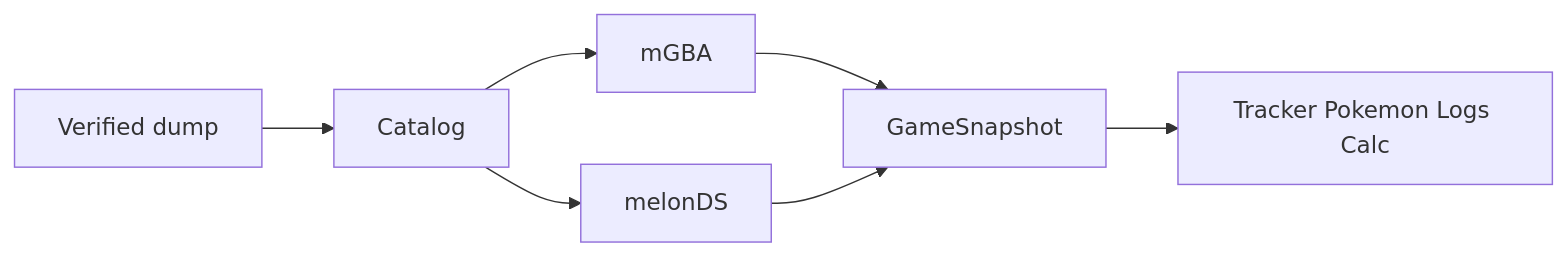
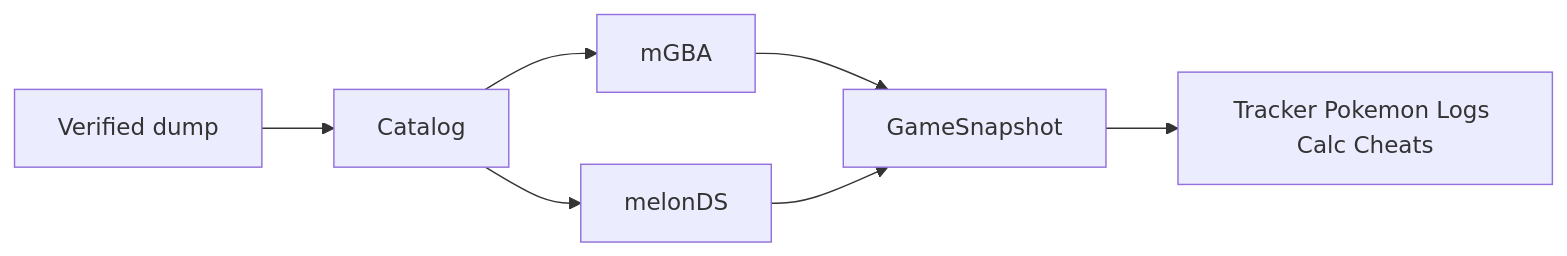
The diagram in README.md (oliverjohnclegg/emulocke), drawn with Mermaid before and after one commit. The commit also changed other lines of this file and 34 other files, not shown here.

First line of the commit message:
Add a suite Cheats tab for pasted Action Replay codes.

````diff
--- a/README.md
+++ b/README.md
@@ -219,9 +219,9 @@
 ```mermaid
 flowchart LR
   dump[Verified dump] --> catalog[Catalog]
   catalog --> gbaCore[mGBA]
   catalog --> ndsCore[melonDS]
   gbaCore --> snap[GameSnapshot]
   ndsCore --> snap
-  snap --> suite[Tracker Pokemon Logs Calc]
+  snap --> suite[Tracker Pokemon Logs Calc Cheats]
 ```
````
